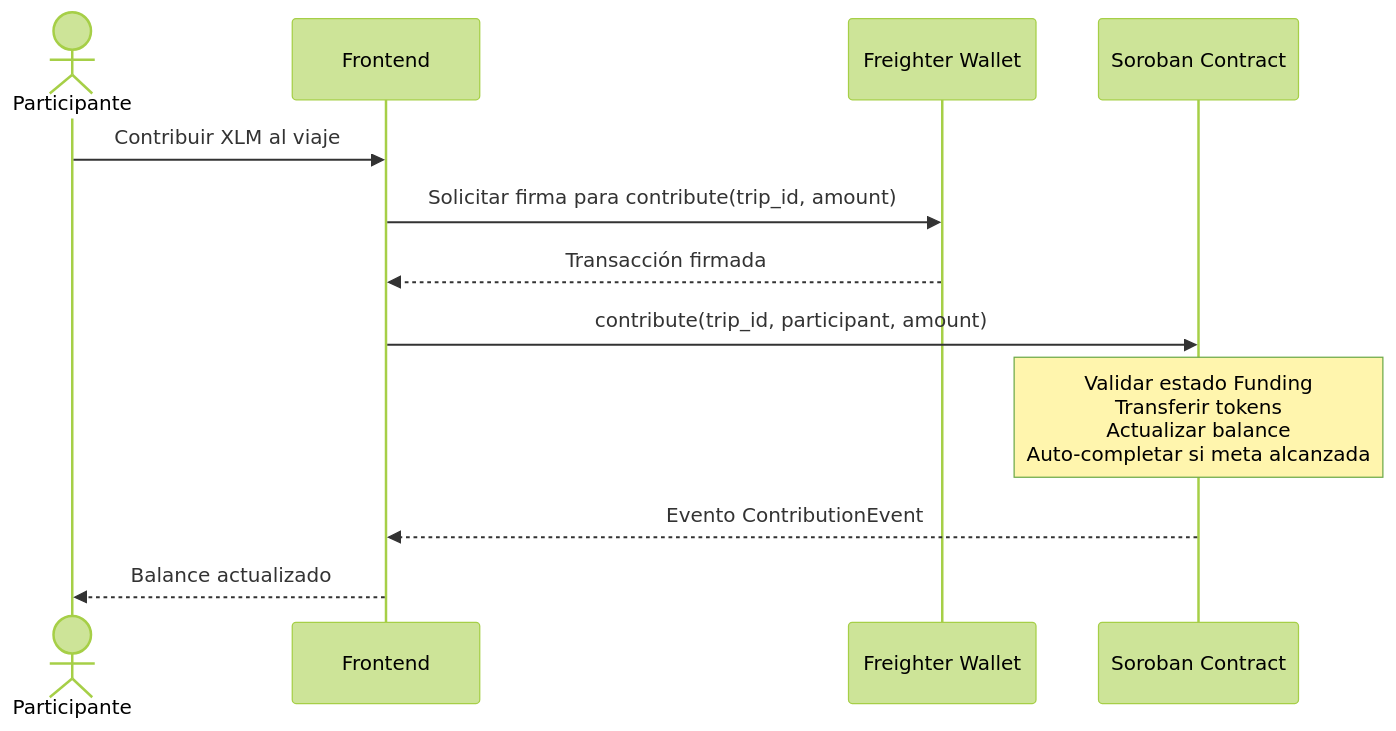
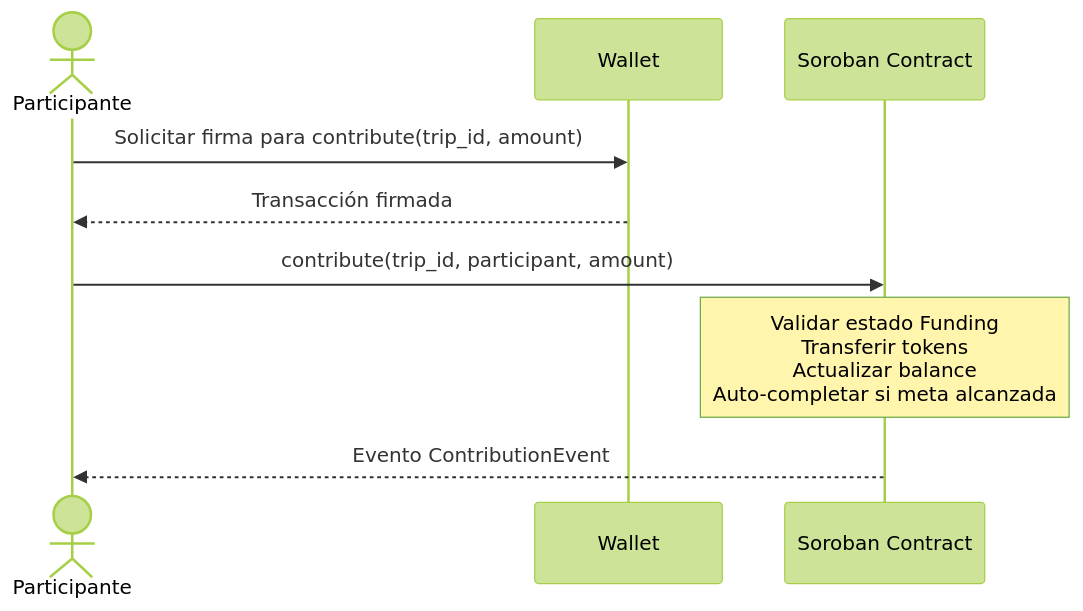
The seventh of 15 diagrams in ARCHITECTURE.md (CoKeFish/Impacta-Bootcamp), drawn with Mermaid (forest theme) before and after one commit. The commit also changed other lines of this file and 9 other files, not shown here.

````diff
--- a/ARCHITECTURE.md
+++ b/ARCHITECTURE.md
@@ -286,14 +270,11 @@
 ```mermaid
 sequenceDiagram
     actor P as Participante
-    participant FE as Frontend
-    participant W as Freighter Wallet
+    participant W as Wallet
     participant SC as Soroban Contract
-    P ->> FE: Contribuir XLM al viaje
-    FE ->> W: Solicitar firma para contribute(trip_id, amount)
-    W -->> FE: Transacción firmada
-    FE ->> SC: contribute(trip_id, participant, amount)
+    P ->> W: Solicitar firma para contribute(trip_id, amount)
+    W -->> P: Transacción firmada
+    P ->> SC: contribute(trip_id, participant, amount)
     Note over SC: Validar estado Funding<br/>Transferir tokens<br/>Actualizar balance<br/>Auto-completar si meta alcanzada
-    SC -->> FE: Evento ContributionEvent
-    FE -->> P: Balance actualizado
+    SC -->> P: Evento ContributionEvent
 ```
````
